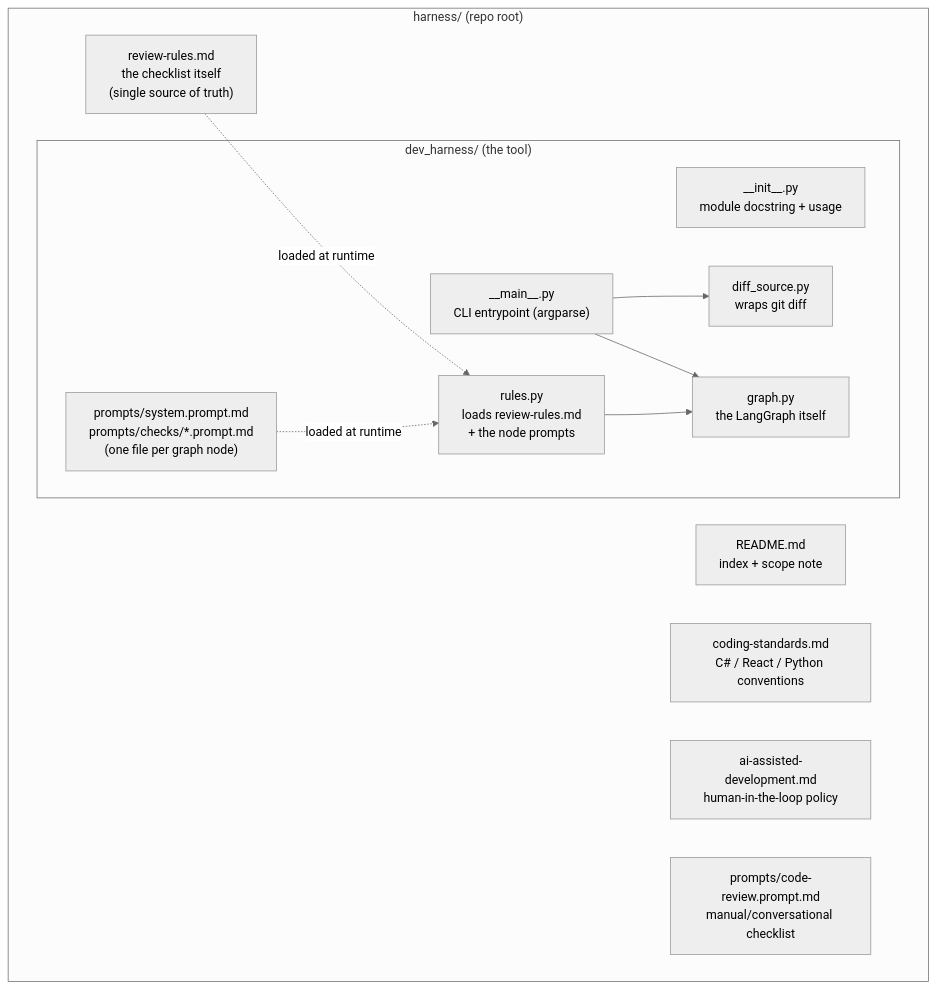
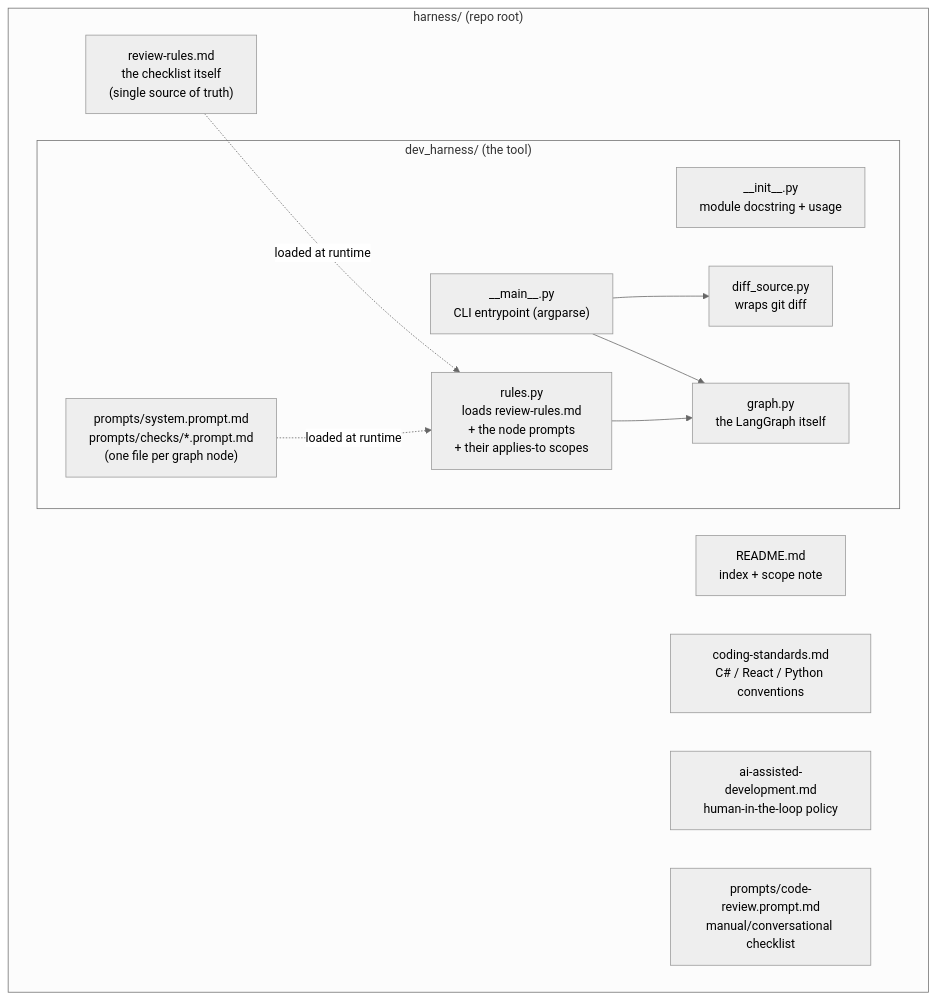
Before and after one commit to surajkoditala/humaid-risk-governance: the third of 4 diagrams in docs/architecture/dev-harness.md, drawn with Mermaid (neutral theme). The commit also changed other lines of this file and 4 other files, not shown here.

````diff
--- a/docs/architecture/dev-harness.md
+++ b/docs/architecture/dev-harness.md
@@ -101,25 +122,25 @@
 ```mermaid
 flowchart TB
     subgraph harness["harness/ (repo root)"]
         README["README.md<br/>index + scope note"]
         STANDARDS["coding-standards.md<br/>C# / React / Python conventions"]
         RULES["review-rules.md<br/>the checklist itself<br/>(single source of truth)"]
         AIPOLICY["ai-assisted-development.md<br/>human-in-the-loop policy"]
         PROMPT["prompts/code-review.prompt.md<br/>manual/conversational checklist"]
 
         subgraph dh["dev_harness/ (the tool)"]
             INIT["__init__.py<br/>module docstring + usage"]
             MAIN["__main__.py<br/>CLI entrypoint (argparse)"]
             DIFFSRC["diff_source.py<br/>wraps git diff"]
-            RULESPY["rules.py<br/>loads review-rules.md<br/>+ the node prompts"]
+            RULESPY["rules.py<br/>loads review-rules.md<br/>+ the node prompts<br/>+ their applies-to scopes"]
             NODEPROMPTS["prompts/system.prompt.md<br/>prompts/checks/*.prompt.md<br/>(one file per graph node)"]
             GRAPH["graph.py<br/>the LangGraph itself"]
         end
     end
 
     RULES -.->|"loaded at runtime"| RULESPY
     NODEPROMPTS -.->|"loaded at runtime"| RULESPY
     MAIN --> DIFFSRC
     MAIN --> GRAPH
     RULESPY --> GRAPH
 ```
````
